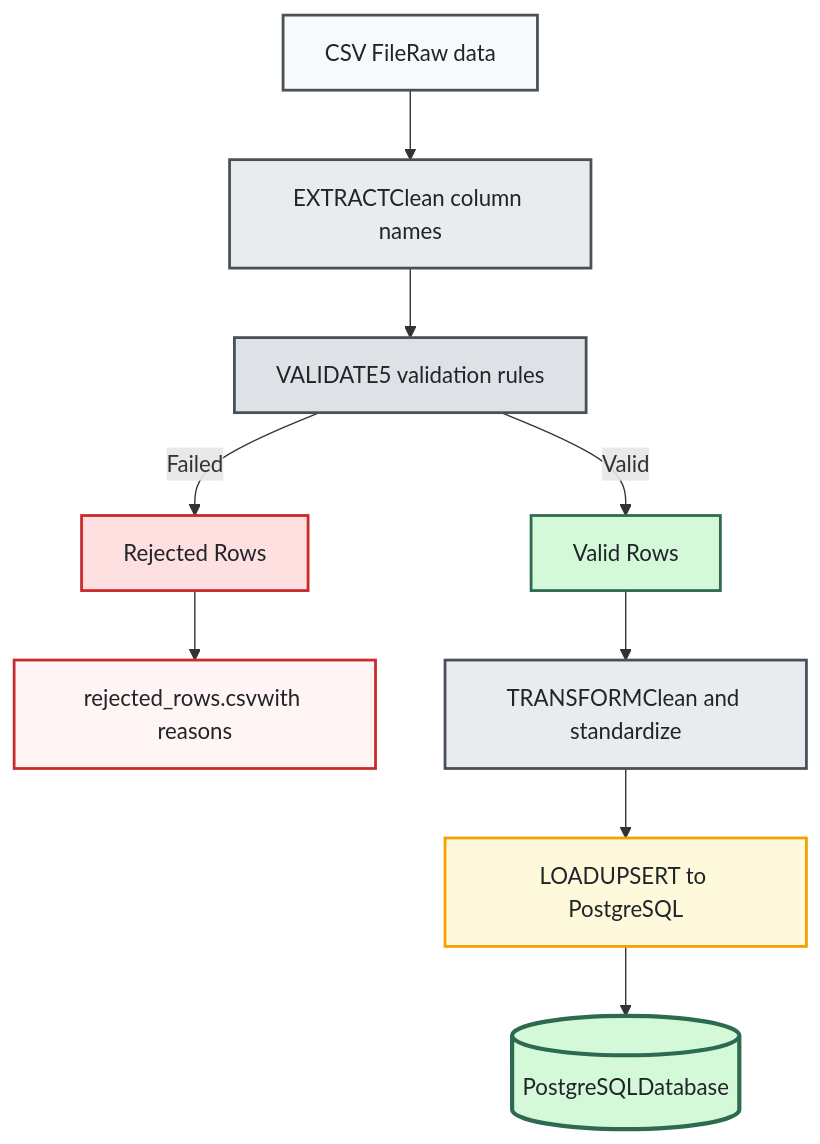
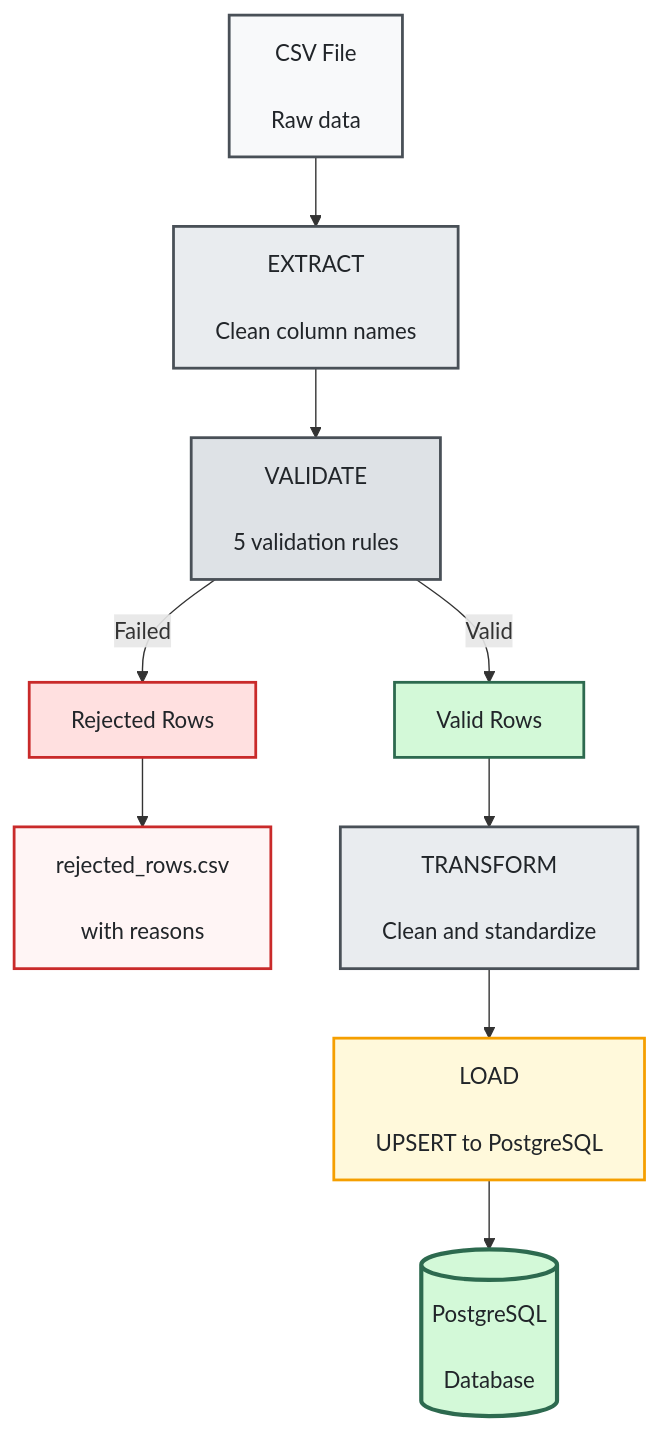
The first of 2 diagrams in README.md (cosmincaba/csv-to-db-etl), drawn with Mermaid before and after one commit. The commit also changed other lines of this file, not shown here.

Commit message:
docs: fix spacing in mermaid diagram

````diff
--- a/README.md
+++ b/README.md
@@ -42,21 +42,21 @@
 ```mermaid
 graph TD
-    A["CSV FileRaw data"] --> B["EXTRACTClean column names"]
-    B --> C["VALIDATE5 validation rules"]
+    A["CSV File<br/><br/>Raw data"] --> B["EXTRACT<br/><br/>Clean column names"]
+    B --> C["VALIDATE<br/><br/>5 validation rules"]
     C -->|Valid| D["Valid Rows"]
     C -->|Failed| E["Rejected Rows"]
-    E --> F["rejected_rows.csvwith reasons"]
-    D --> G["TRANSFORMClean and standardize"]
-    G --> H["LOADUPSERT to PostgreSQL"]
-    H --> I[("PostgreSQLDatabase")]
+    E --> F["rejected_rows.csv<br/><br/>with reasons"]
+    D --> G["TRANSFORM<br/><br/>Clean and standardize"]
+    G --> H["LOAD<br/><br/>UPSERT to PostgreSQL"]
+    H --> I[("PostgreSQL<br/><br/>Database")]
     
     style A fill:#f8f9fa,stroke:#495057,stroke-width:2px,color:#212529
     style B fill:#e9ecef,stroke:#495057,stroke-width:2px,color:#212529
     style C fill:#dee2e6,stroke:#495057,stroke-width:2px,color:#212529
     style D fill:#d3f9d8,stroke:#2d6a4f,stroke-width:2px,color:#212529
     style E fill:#ffe0e0,stroke:#c92a2a,stroke-width:2px,color:#212529
     style F fill:#fff5f5,stroke:#c92a2a,stroke-width:2px,color:#212529
     style G fill:#e9ecef,stroke:#495057,stroke-width:2px,color:#212529
     style H fill:#fff9db,stroke:#f59f00,stroke-width:2px,color:#212529
     style I fill:#d3f9d8,stroke:#2d6a4f,stroke-width:3px,color:#212529
 ```
````
